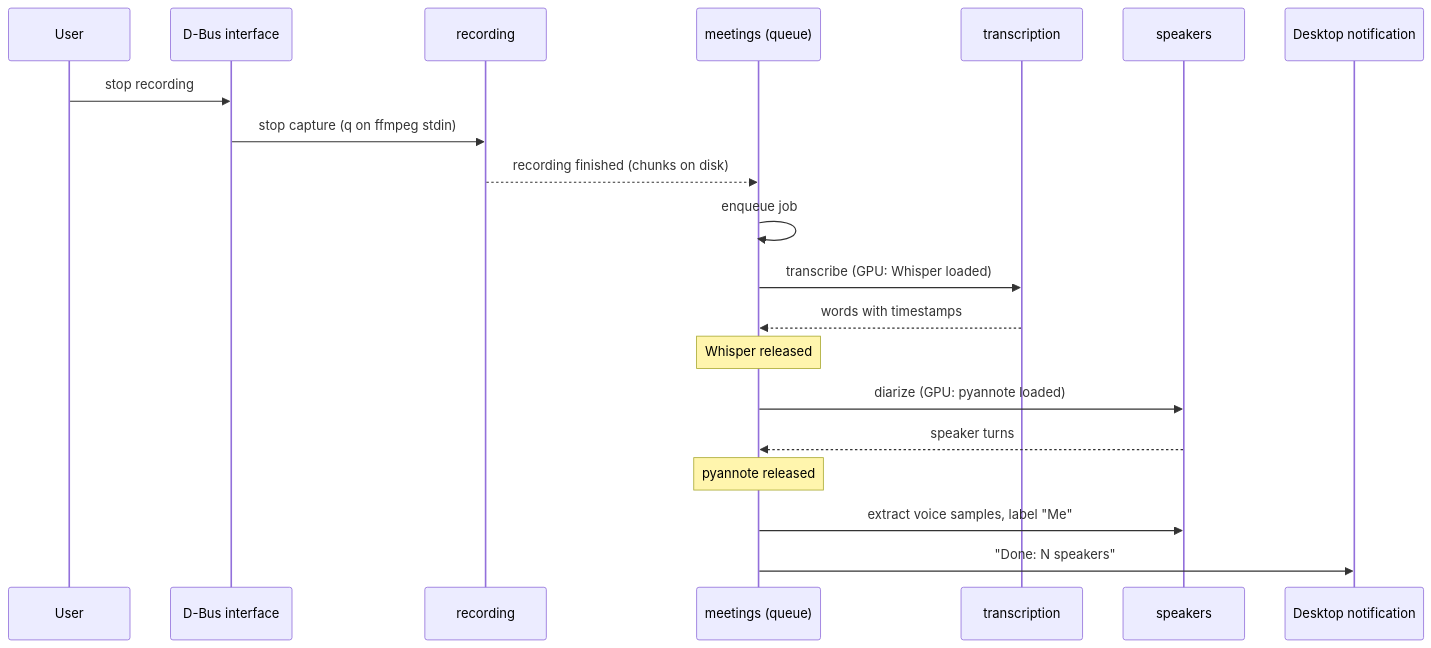
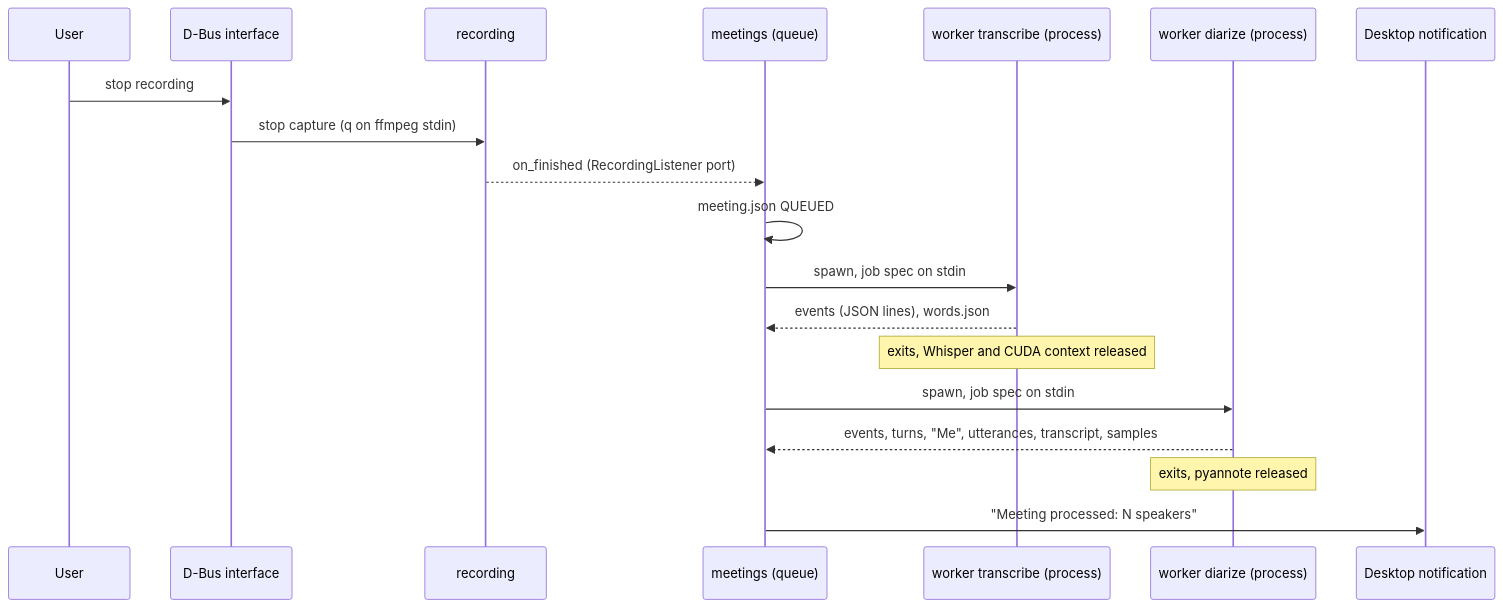
Before and after one commit to CorsairRom/meeting-scribe: the third of 3 diagrams in ARCHITECTURE.md, drawn with Mermaid. The commit also changed other lines of this file and 3 other files, not shown here.

Commit message:
docs(adr): adopt a short-lived gpu worker per stage (#51)

````diff
--- a/ARCHITECTURE.md
+++ b/ARCHITECTURE.md
@@ -152,23 +152,22 @@
 ```mermaid
 sequenceDiagram
   participant U as User
   participant API as D-Bus interface
   participant REC as recording
   participant MT as meetings (queue)
-  participant TR as transcription
-  participant SP as speakers
+  participant W1 as worker transcribe (process)
+  participant W2 as worker diarize (process)
   participant N as Desktop notification
 
   U->>API: stop recording
   API->>REC: stop capture (q on ffmpeg stdin)
-  REC-->>MT: recording finished (chunks on disk)
-  MT->>MT: enqueue job
-  MT->>TR: transcribe (GPU: Whisper loaded)
-  TR-->>MT: words with timestamps
-  Note over MT: Whisper released
-  MT->>SP: diarize (GPU: pyannote loaded)
-  SP-->>MT: speaker turns
-  Note over MT: pyannote released
-  MT->>SP: extract voice samples, label "Me"
-  MT->>N: "Done: N speakers"
+  REC-->>MT: on_finished (RecordingListener port)
+  MT->>MT: meeting.json QUEUED
+  MT->>W1: spawn, job spec on stdin
+  W1-->>MT: events (JSON lines), words.json
+  Note over W1: exits, Whisper and CUDA context released
+  MT->>W2: spawn, job spec on stdin
+  W2-->>MT: events, turns, "Me", utterances, transcript, samples
+  Note over W2: exits, pyannote released
+  MT->>N: "Meeting processed: N speakers"
 ```
````
